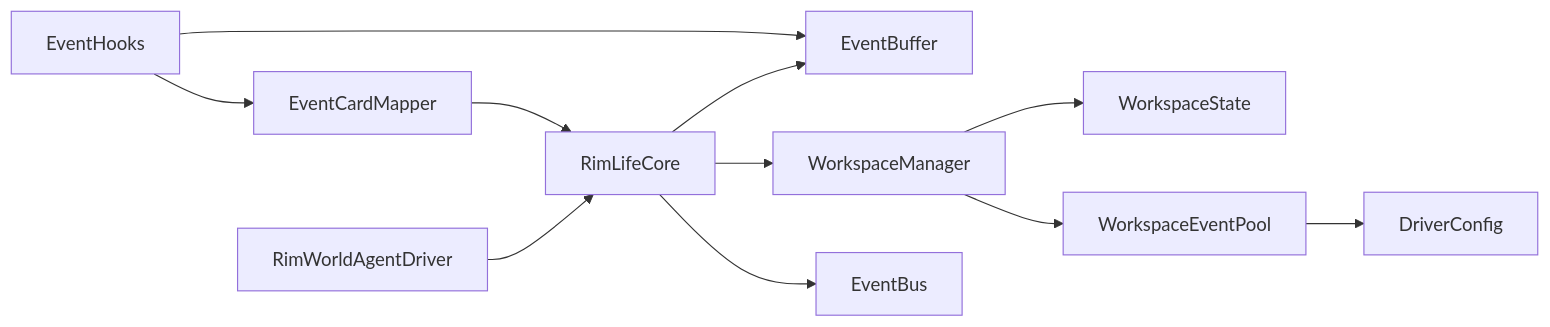
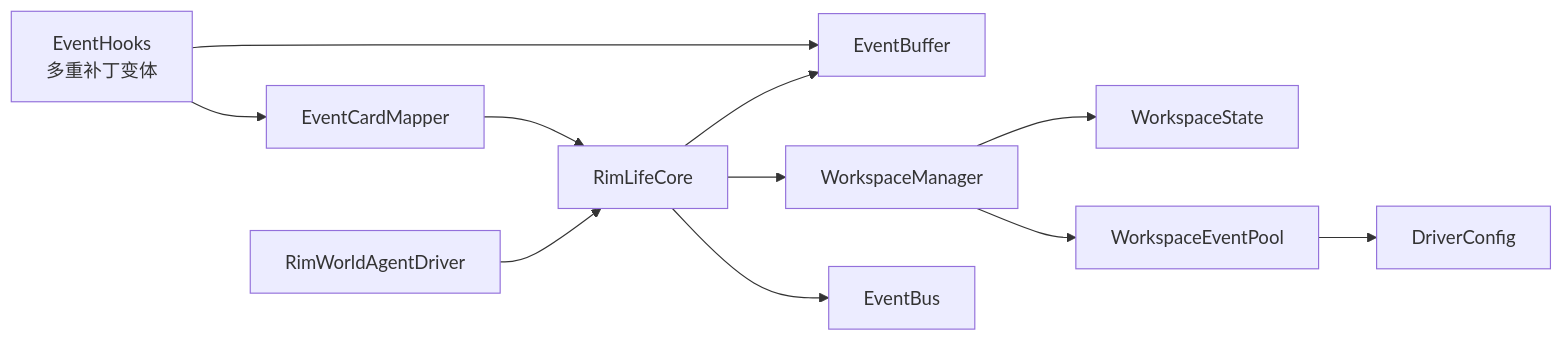
Before and after one commit to suzvka/RimLife: the tenth of 10 diagrams in .qoder/repowiki/zh/content/核心架构设计/事件系统集成.md, drawn with Mermaid. The commit also changed other lines of this file and 19 other files, not shown here.

````diff
--- a/.qoder/repowiki/zh/content/核心架构设计/事件系统集成.md
+++ b/.qoder/repowiki/zh/content/核心架构设计/事件系统集成.md
@@ -519,13 +531,13 @@
 ```mermaid
 graph LR
-EH["EventHooks"] --> ECM["EventCardMapper"]
+EH["EventHooks<br/>多重补丁变体"] --> ECM["EventCardMapper"]
 EH --> EBuf["EventBuffer"]
 ECM --> RC["RimLifeCore"]
 RC --> WSM["WorkspaceManager"]
 WSM --> WSP["WorkspaceState"]
 WSM --> WEP["WorkspaceEventPool"]
 WEP --> DC["DriverConfig"]
 RC --> EB["EventBus"]
 RD["RimWorldAgentDriver"] --> RC
 RC --> EBuf
 ```
````
